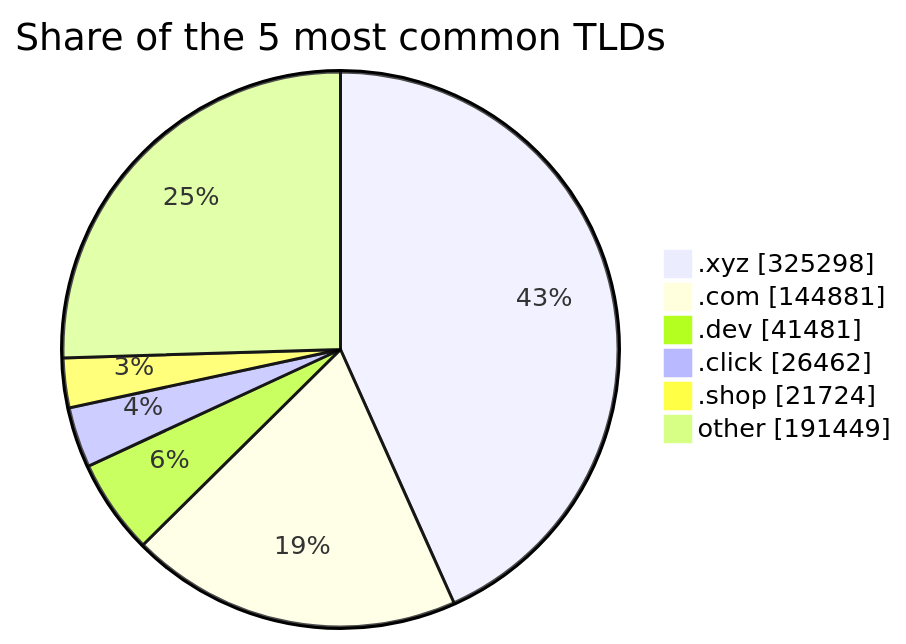
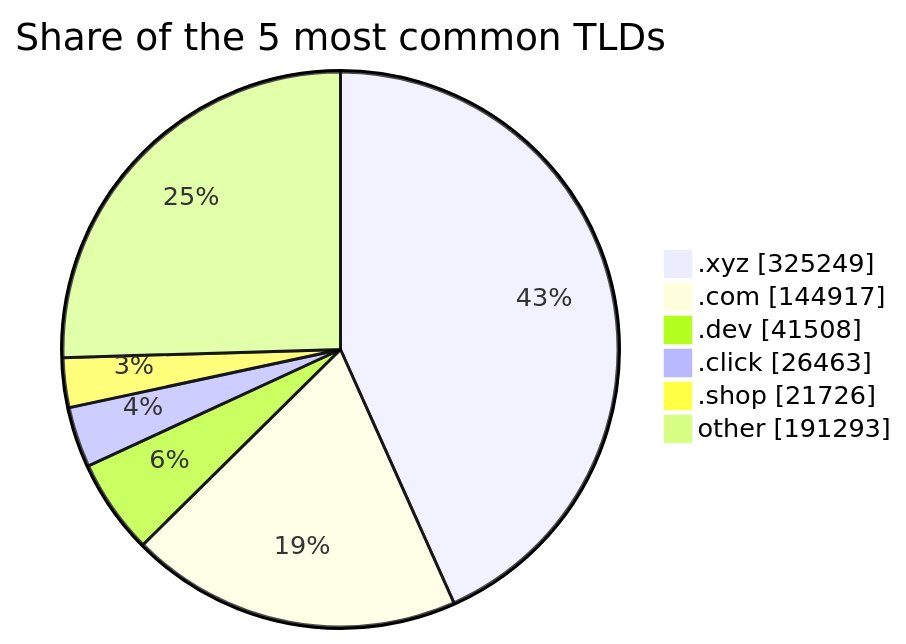
The third of 3 diagrams in README.md (DNSBunker/CTI), drawn with Mermaid before and after one commit. The commit also changed other lines of this file and 3 other files, not shown here.

````diff
--- a/README.md
+++ b/README.md
@@ -81,9 +81,9 @@
 ```mermaid
 pie showData title Share of the 5 most common TLDs
-    ".xyz" : 325298
-    ".com" : 144881
-    ".dev" : 41481
-    ".click" : 26462
-    ".shop" : 21724
-    "other" : 191449
+    ".xyz" : 325249
+    ".com" : 144917
+    ".dev" : 41508
+    ".click" : 26463
+    ".shop" : 21726
+    "other" : 191293
 ```
````
